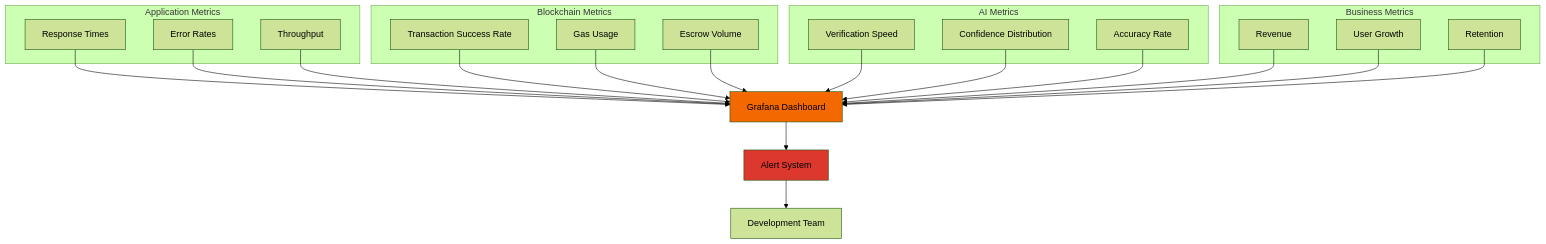
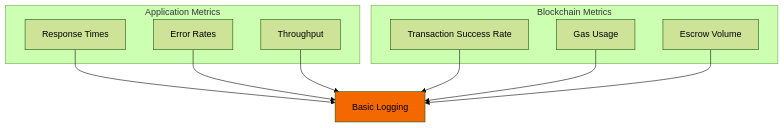
Before and after one commit to De-real-iManuel/aetherlock-docs: diagram 14 of 14 in technical-architecture.mdx, drawn with Mermaid (forest theme). The commit also changed other lines of this file and 144 other files, not shown here.

````diff
--- a/technical-architecture.mdx
+++ b/technical-architecture.mdx
@@ -1900,48 +1522,24 @@
 ```mermaid
 graph TB
     subgraph "Application Metrics"
         M1[Response Times]
         M2[Error Rates]
         M3[Throughput]
     end
     
     subgraph "Blockchain Metrics"
         B1[Transaction Success Rate]
         B2[Gas Usage]
         B3[Escrow Volume]
     end
     
-    subgraph "AI Metrics"
-        A1[Verification Speed]
-        A2[Confidence Distribution]
-        A3[Accuracy Rate]
-    end
-    
-    subgraph "Business Metrics"
-        BM1[Revenue]
-        BM2[User Growth]
-        BM3[Retention]
-    end
-    
-    M1 --> Dashboard[Grafana Dashboard]
+    M1 --> Dashboard[Basic Logging]
     M2 --> Dashboard
     M3 --> Dashboard
     
     B1 --> Dashboard
     B2 --> Dashboard
     B3 --> Dashboard
     
-    A1 --> Dashboard
-    A2 --> Dashboard
-    A3 --> Dashboard
-    
-    BM1 --> Dashboard
-    BM2 --> Dashboard
-    BM3 --> Dashboard
-    
-    Dashboard --> Alerts[Alert System]
-    Alerts --> Team[Development Team]
-    
     style Dashboard fill:#F46800
-    style Alerts fill:#DC382D
 ```
````
